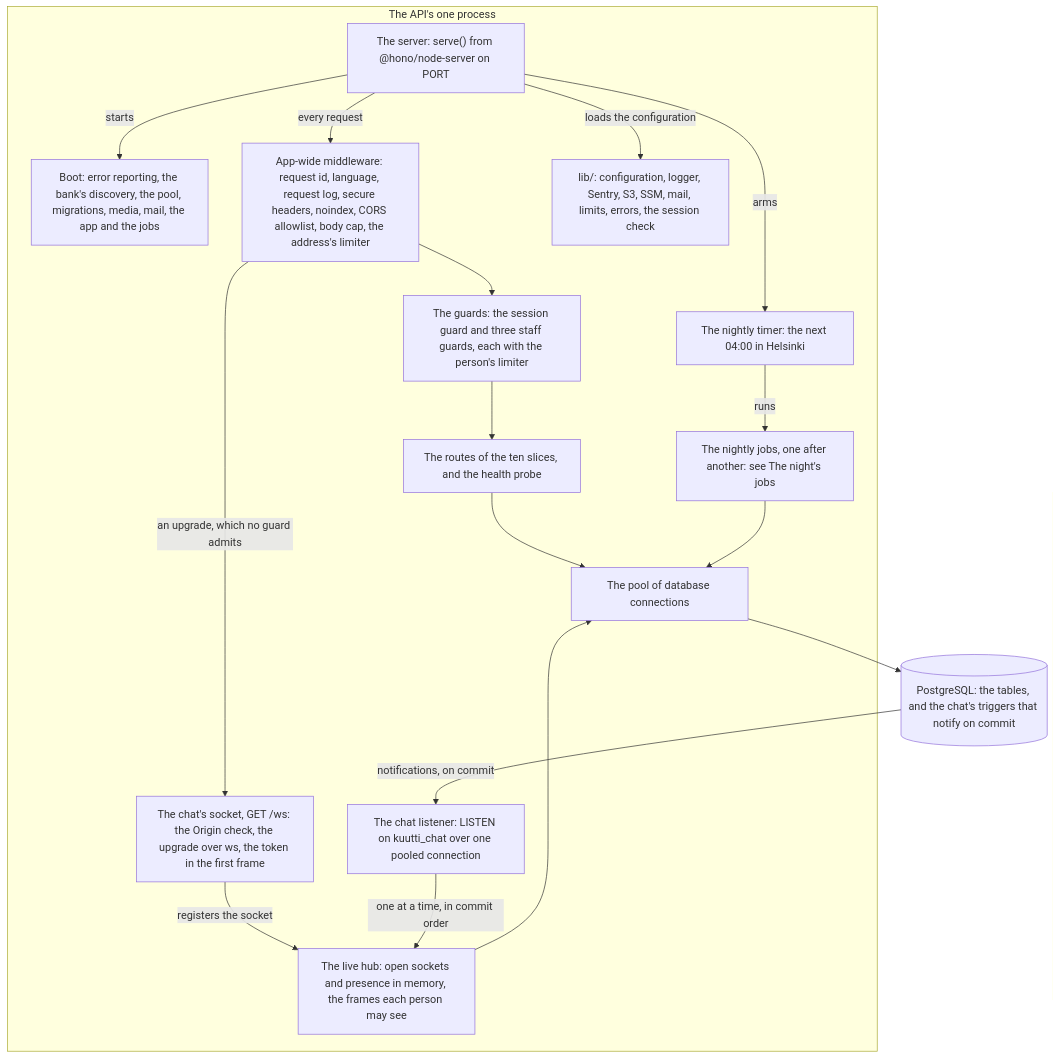
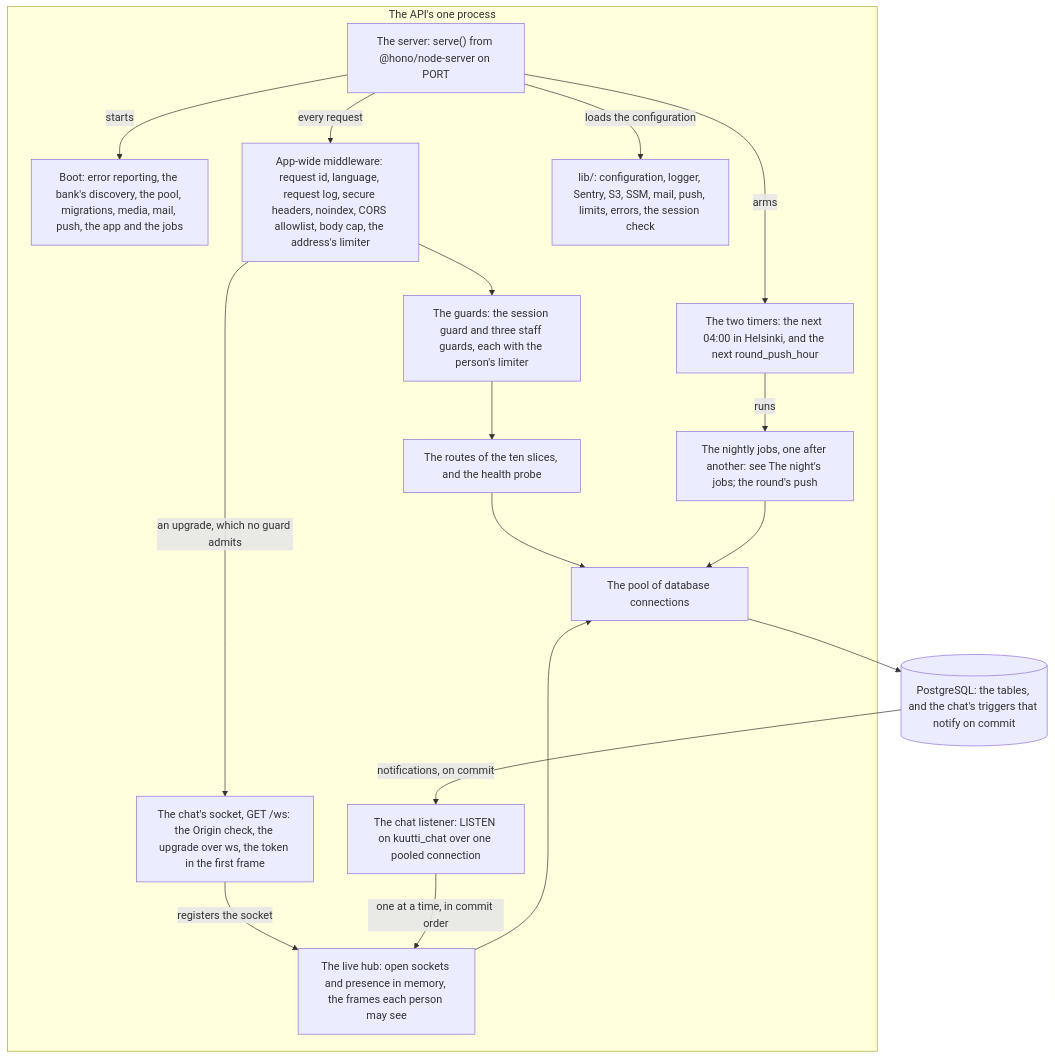
The second of 3 diagrams in docs/architecture/components.md (kuutti-ry/kuutti-app), drawn with Mermaid before and after one commit. The commit also changed other lines of this file and 21 other files, not shown here.

````diff
--- a/docs/architecture/components.md
+++ b/docs/architecture/components.md
@@ -78,35 +78,35 @@
 ```mermaid
 flowchart TB
   accTitle: Components, part 2: inside the API's one process
-  accDescr: One Node process serves HTTP and the chat's WebSocket on the same server and runs the nightly jobs on a timer. Requests pass the app-wide middleware, then a guard, then a slice's route. The socket's upgrade passes the same middleware, then authenticates by its first frame and registers with the live hub. The slices, the hub and the jobs reach PostgreSQL through one pool. The chat's triggers notify on commit, and one pooled connection listens and hands each notification to the hub.
+  accDescr: One Node process serves HTTP and the chat's WebSocket on the same server, runs the nightly jobs on a timer and the round's push on a second. Requests pass the app-wide middleware, then a guard, then a slice's route. The socket's upgrade passes the same middleware, then authenticates by its first frame and registers with the live hub. The slices, the hub and the jobs reach PostgreSQL through one pool. The chat's triggers notify on commit, and one pooled connection listens and hands each notification to the hub.
   subgraph process["The API's one process"]
     c13["The server: serve() from @hono/node-server on PORT"]
-    c14["Boot: error reporting, the bank's discovery, the pool, migrations, media, mail, the app and the jobs"]
+    c14["Boot: error reporting, the bank's discovery, the pool, migrations, media, mail, push, the app and the jobs"]
     c15["App-wide middleware: request id, language, request log, secure headers, noindex, CORS allowlist, body cap, the address's limiter"]
     c16["The guards: the session guard and three staff guards, each with the person's limiter"]
     c17["The routes of the ten slices, and the health probe"]
     c18["The chat's socket, GET /ws: the Origin check, the upgrade over ws, the token in the first frame"]
     c19["The live hub: open sockets and presence in memory, the frames each person may see"]
     c20["The chat listener: LISTEN on kuutti_chat over one pooled connection"]
-    c21["The nightly timer: the next 04:00 in Helsinki"]
-    c22["The nightly jobs, one after another: see The night's jobs"]
-    c23["lib/: configuration, logger, Sentry, S3, SSM, mail, limits, errors, the session check"]
+    c21["The two timers: the next 04:00 in Helsinki, and the next round_push_hour"]
+    c22["The nightly jobs, one after another: see The night's jobs; the round's push"]
+    c23["lib/: configuration, logger, Sentry, S3, SSM, mail, push, limits, errors, the session check"]
     c24["The pool of database connections"]
   end
   c25[("PostgreSQL: the tables, and the chat's triggers that notify on commit")]
   c13 -->|"loads the configuration"| c23
   c13 -->|"starts"| c14
   c13 -->|"every request"| c15
   c15 --> c16
   c16 --> c17
   c15 -->|"an upgrade, which no guard admits"| c18
   c18 -->|"registers the socket"| c19
   c17 --> c24
   c19 --> c24
   c13 -->|"arms"| c21
   c21 -->|"runs"| c22
   c22 --> c24
   c24 --> c25
   c25 -->|"notifications, on commit"| c20
   c20 -->|"one at a time, in commit order"| c19
 ```
````
